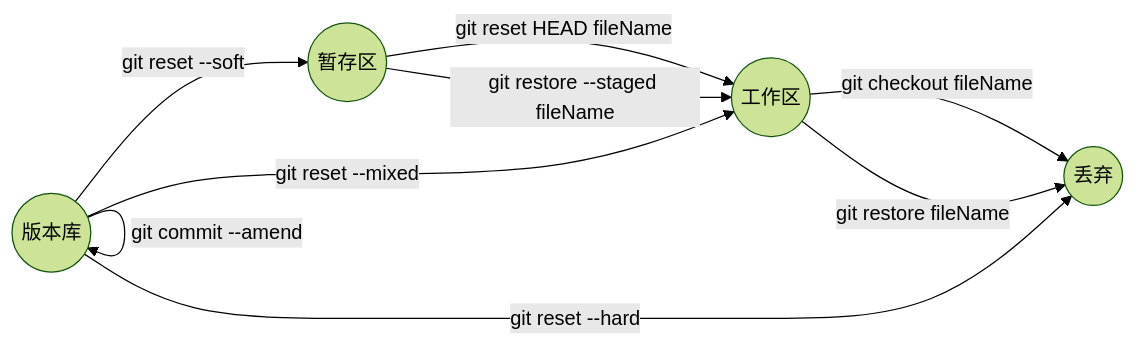
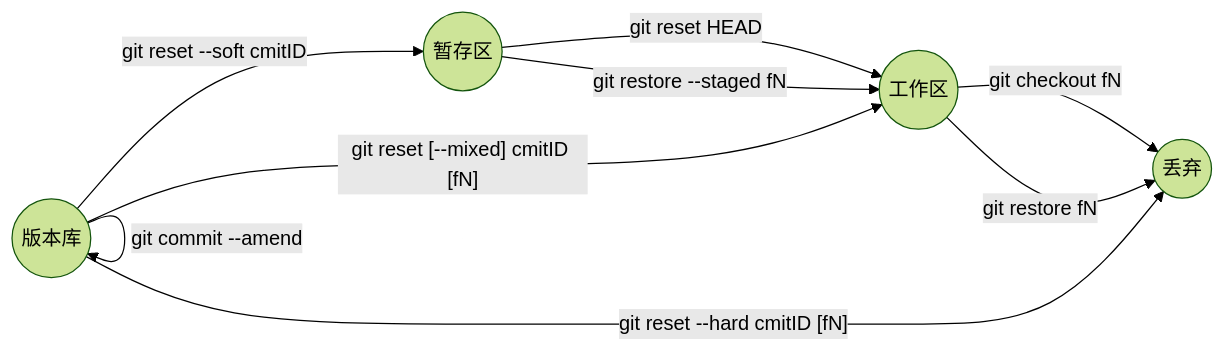
One commit to ZhouYuan123/PersonalNoteTaking changed the fourth of 4 diagrams in Programming/Git.md. Above: the diagram before and after it, drawn with Mermaid (forest theme). The commit also changed other lines of this file and 4 other files, not shown here.

````diff
--- a/Programming/Git.md
+++ b/Programming/Git.md
@@ -306,10 +315,10 @@
 ```mermaid
 graph LR;
-	C((版本库)) -->|git reset --soft| B((暂存区))--> |git reset HEAD fileName | A((工作区));
-	B --> |git restore --staged fileName | A
-	A --> |git checkout fileName | D((丢弃))
-	A --> |git restore fileName | D((丢弃))
+	C((版本库)) -->|"git reset --soft cmitID"| B((暂存区))--> |git reset HEAD| A((工作区));
+	B --> |git restore --staged fN| A
+	A --> |git checkout fN| D((丢弃))
+	A --> |git restore fN| D((丢弃))
 	C --> |git commit --amend| C
-	C --> |git reset --mixed| A
-	C --> |git reset --hard| D
+	C --> |"git reset [--mixed] cmitID [fN]"| A
+	C --> |"git reset --hard cmitID [fN]"| D
 ```
````
